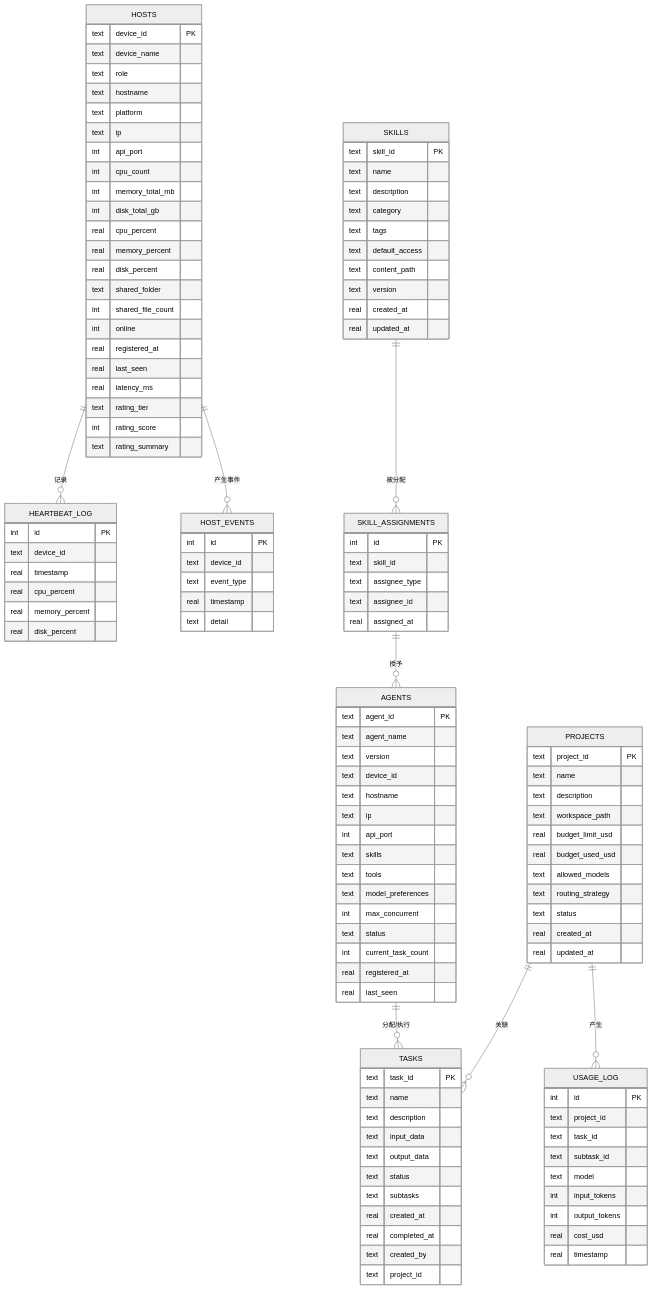
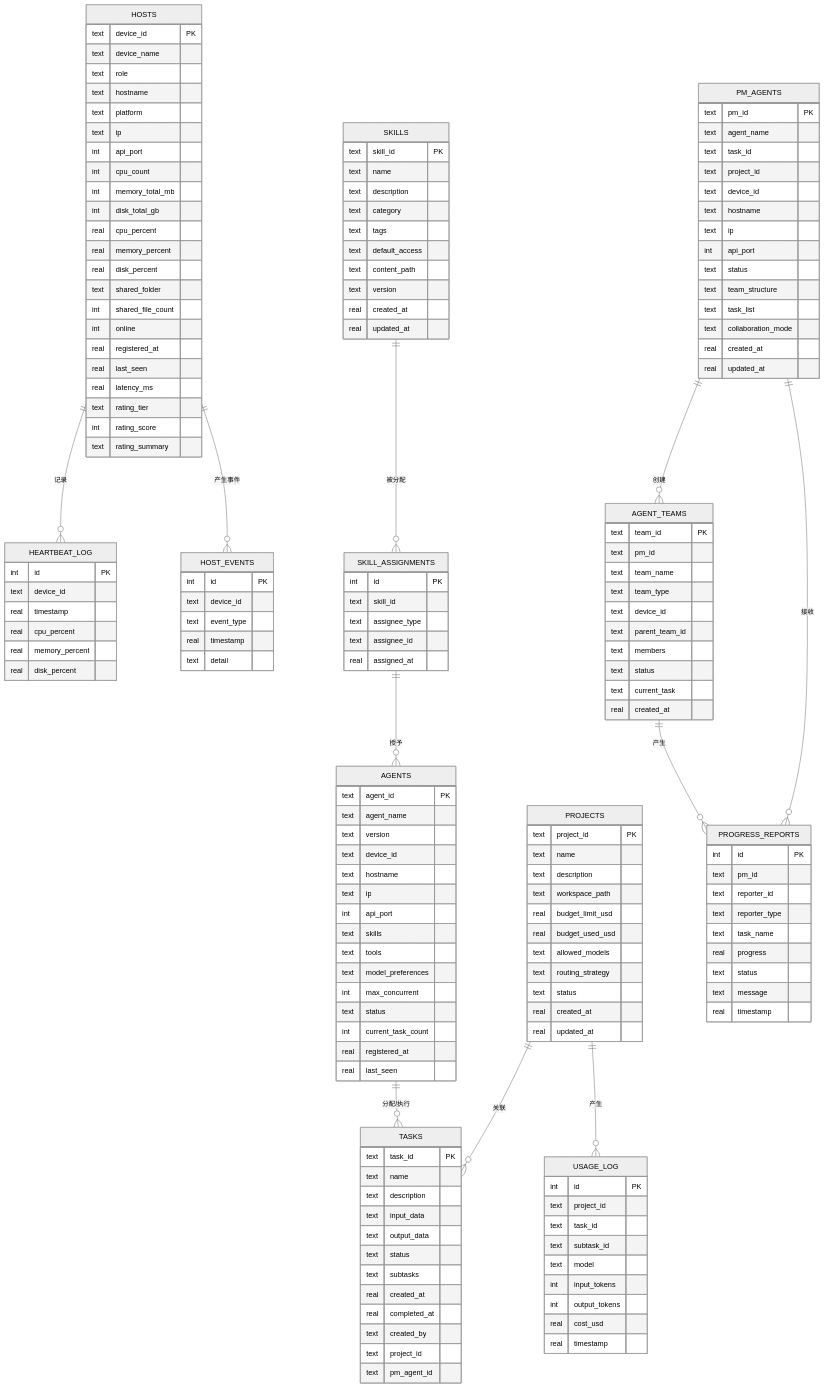
The third of 5 diagrams in .qoder/repowiki/zh/content/核心模块/数据库设计.md (targalian/Personal-distributed-workstation), drawn with Mermaid (neutral theme) before and after one commit. The commit also changed other lines of this file and 60 other files, not shown here.

````diff
--- a/.qoder/repowiki/zh/content/核心模块/数据库设计.md
+++ b/.qoder/repowiki/zh/content/核心模块/数据库设计.md
@@ -289,6 +292,7 @@
 real completed_at
 text created_by
 text project_id
+text pm_agent_id
 }
 PROJECTS {
 text project_id PK
@@ -340,6 +344,45 @@
 text assignee_id
 real assigned_at
 }
+PM_AGENTS {
+text pm_id PK
+text agent_name
+text task_id
+text project_id
+text device_id
+text hostname
+text ip
+int api_port
+text status
+text team_structure
+text task_list
+text collaboration_mode
+real created_at
+real updated_at
+}
+AGENT_TEAMS {
+text team_id PK
+text pm_id
+text team_name
+text team_type
+text device_id
+text parent_team_id
+text members
+text status
+text current_task
+real created_at
+}
+PROGRESS_REPORTS {
+int id PK
+text pm_id
+text reporter_id
+text reporter_type
+text task_name
+real progress
+text status
+text message
+real timestamp
+}
 HOSTS ||--o{ HEARTBEAT_LOG : "记录"
 HOSTS ||--o{ HOST_EVENTS : "产生事件"
 AGENTS ||--o{ TASKS : "分配/执行"
@@ -347,4 +390,7 @@
 PROJECTS ||--o{ TASKS : "关联"
 SKILLS ||--o{ SKILL_ASSIGNMENTS : "被分配"
 SKILL_ASSIGNMENTS ||--o{ AGENTS : "授予"
+PM_AGENTS ||--o{ AGENT_TEAMS : "创建"
+AGENT_TEAMS ||--o{ PROGRESS_REPORTS : "产生"
+PM_AGENTS ||--o{ PROGRESS_REPORTS : "接收"
 ```
````
